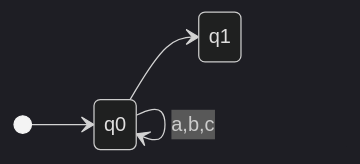
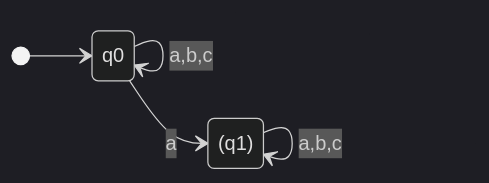
The first of 2 diagrams in COMP3153/Stream b/Stream B - Credit.md (VinayakFia/Obsidian), drawn with Mermaid (dark theme) before and after one commit. The commit also changed other lines of this file, not shown here.

Commit message:
vault backup: 2024-11-15 14:21:27

````diff
--- a/COMP3153/Stream b/Stream B - Credit.md
+++ b/COMP3153/Stream b/Stream B - Credit.md
@@ -53,8 +53,11 @@
 ```mermaid
 stateDiagram-v2
 	direction LR
 
+	q1: (q1)
+
 	[*] --> q0
 	q0 --> q0 : a,b,c
-	q0 --> q1 
+	q0 --> q1 : a
+	q1 --> q1 : a,b,c
 ```
````
